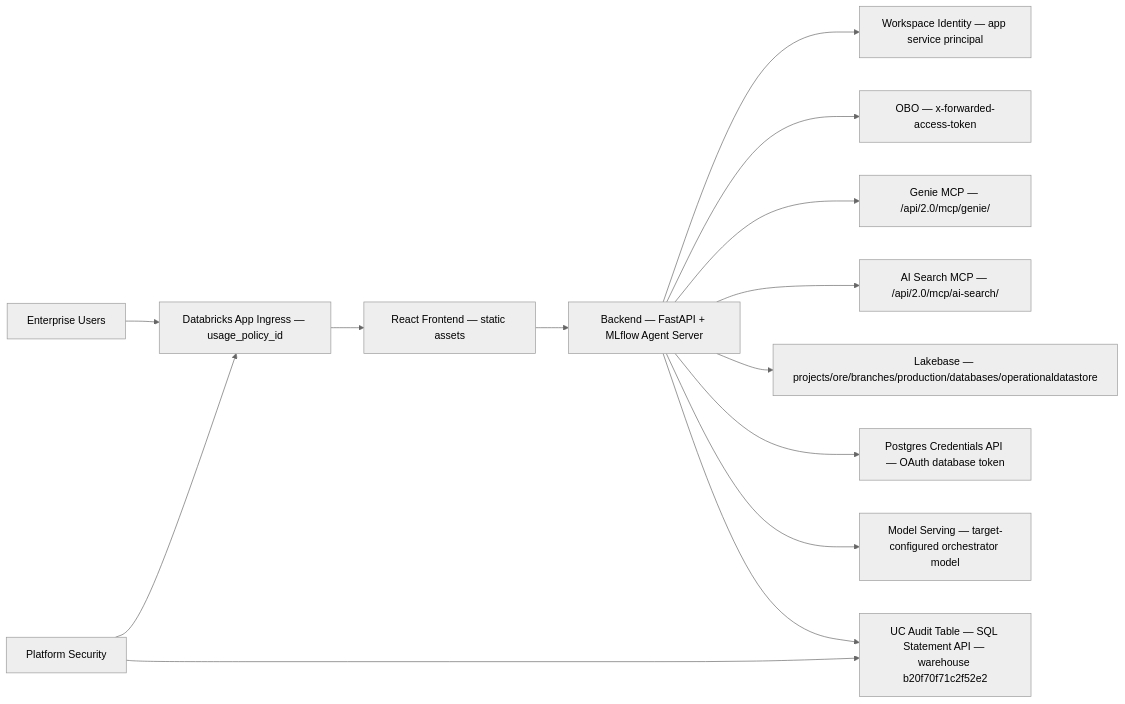
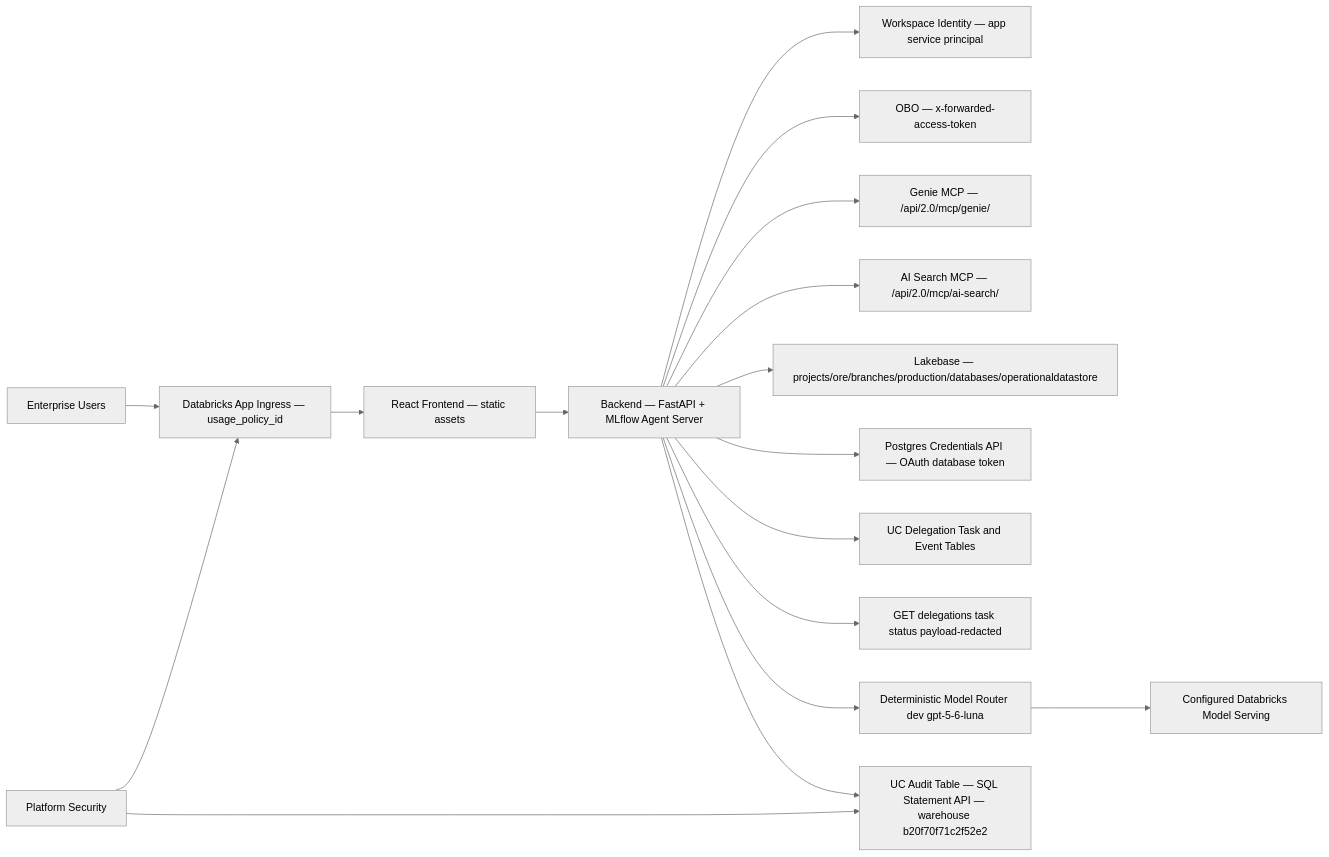
One commit to wchen-dea/Governed-Multi-Agent-Intelligence-on-Databricks changed the first of 5 diagrams in docs/architecture/design-artifacts/06-deployment-detailed.md. Above: the diagram before and after it, drawn with Mermaid (neutral theme). The commit also changed other lines of this file and 29 other files, not shown here.

````diff
--- a/docs/architecture/design-artifacts/06-deployment-detailed.md
+++ b/docs/architecture/design-artifacts/06-deployment-detailed.md
@@ -7,18 +7,21 @@
 ```mermaid
 flowchart LR
     User[Enterprise Users] --> Ingress[Databricks App Ingress — usage_policy_id]
     Ingress --> FE[React Frontend — static assets]
     FE --> BE[Backend — FastAPI + MLflow Agent Server]
 
     BE --> IDP[Workspace Identity — app service principal]
     BE --> OBO[OBO — x-forwarded-access-token]
     BE --> GENIE[Genie MCP — /api/2.0/mcp/genie/]
     BE --> AIS[AI Search MCP — /api/2.0/mcp/ai-search/]
     BE --> LB[Lakebase — projects/ore/branches/production/databases/operationaldatastore]
     BE --> OAuth[Postgres Credentials API — OAuth database token]
-    BE --> FM[Model Serving — target-configured orchestrator model]
+    BE --> TASKS[UC Delegation Task and Event Tables]
+    BE --> STATUS[GET delegations task status payload-redacted]
+    BE --> MR[Deterministic Model Router dev gpt-5-6-luna]
+    MR --> FM[Configured Databricks Model Serving]
     BE --> UC[UC Audit Table — SQL Statement API — warehouse b20f70f71c2f52e2]
 
     SEC[Platform Security] --> Ingress
     SEC --> UC
 ```
````
